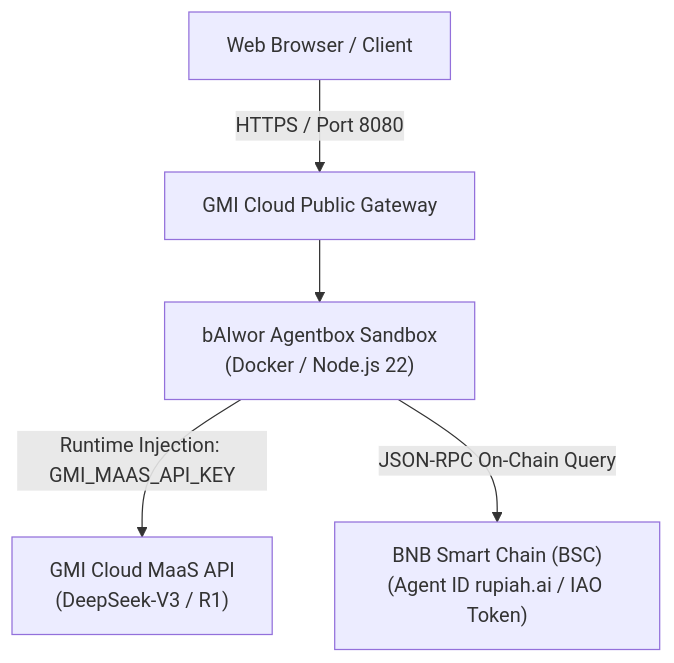
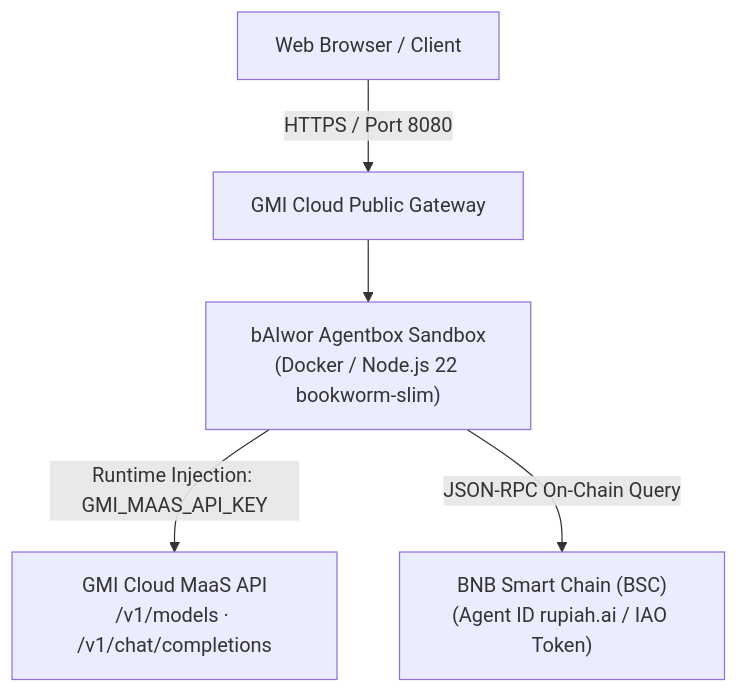
The diagram in README.md (bAIwor/agentbox), drawn with Mermaid before and after one commit. The commit also changed other lines of this file and 8 other files, not shown here.

````diff
--- a/README.md
+++ b/README.md
@@ -38,7 +40,7 @@
 ```mermaid
 flowchart TD
     User["Web Browser / Client"] -->|HTTPS / Port 8080| GMI_GW["GMI Cloud Public Gateway"]
-    GMI_GW --> Box["bAIwor Agentbox Sandbox<br/>(Docker / Node.js 22)"]
-    Box -->|Runtime Injection: GMI_MAAS_API_KEY| GMI_MaaS["GMI Cloud MaaS API<br/>(DeepSeek-V3 / R1)"]
+    GMI_GW --> Box["bAIwor Agentbox Sandbox<br/>(Docker / Node.js 22 bookworm-slim)"]
+    Box -->|Runtime Injection: GMI_MAAS_API_KEY| GMI_MaaS["GMI Cloud MaaS API<br/>/v1/models · /v1/chat/completions"]
     Box -->|JSON-RPC On-Chain Query| BSC["BNB Smart Chain (BSC)<br/>(Agent ID rupiah.ai / IAO Token)"]
 ```
````
